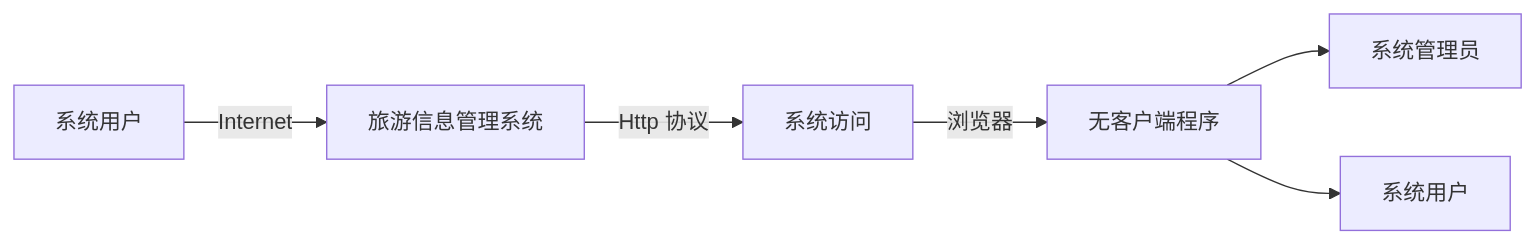
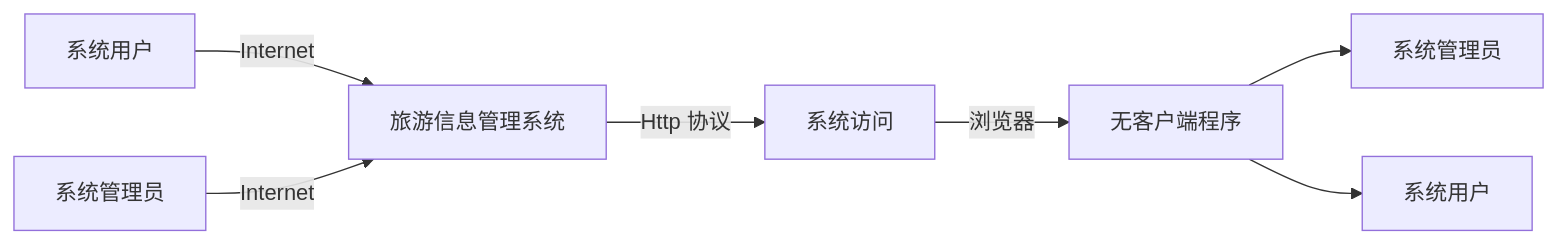
Before and after one commit to FirmamentWu/java-: the second of 17 diagrams in README.md, drawn with Mermaid. The commit also changed other lines of this file, not shown here.

````diff
--- a/README.md
+++ b/README.md
@@ -159,8 +162,9 @@
 ```mermaid
 graph LR
     A[系统用户] -->|Internet| B[旅游信息管理系统]
     B -->|Http 协议| C[系统访问]
     C -->|浏览器| D[无客户端程序]
     D --> E[系统管理员]
     D --> F[系统用户]
+    G[系统管理员] -->|Internet| B
 ```
````
